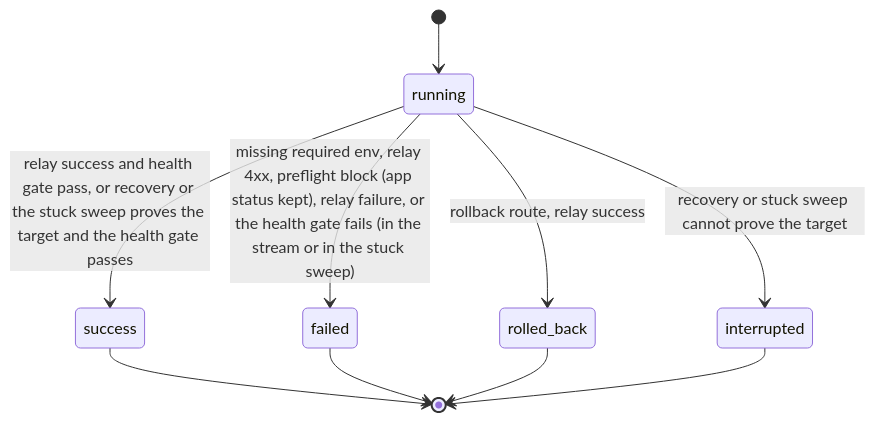
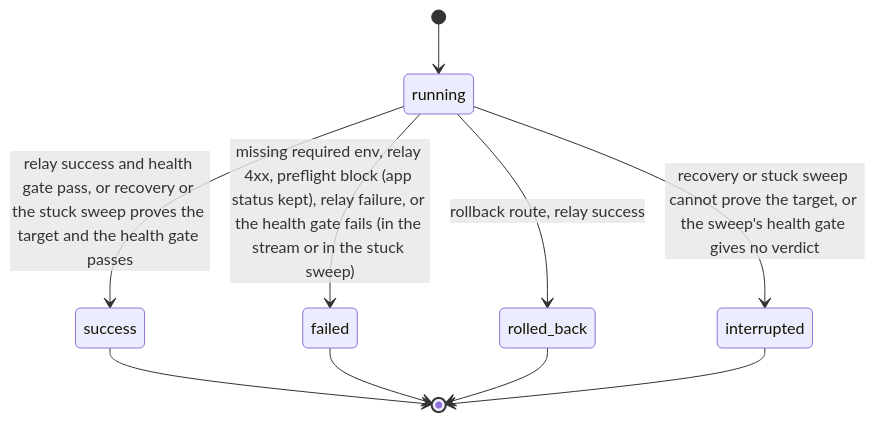
The second of 2 diagrams in docs/architecture.md (LanNguyenSi/deploy-panel), drawn with Mermaid before and after one commit. The commit also changed 2 other files, not shown here.

Commit message:
docs: the sweep's health gate in the interrupted and self-deploy descriptions

````diff
--- a/docs/architecture.md
+++ b/docs/architecture.md
@@ -97,12 +97,12 @@
 ```mermaid
 stateDiagram-v2
   [*] --> running
   running --> failed: missing required env, relay 4xx, preflight block (app status kept), relay failure, or the health gate fails (in the stream or in the stuck sweep)
   running --> success: relay success and health gate pass, or recovery or the stuck sweep proves the target and the health gate passes
   running --> rolled_back: rollback route, relay success
-  running --> interrupted: recovery or stuck sweep cannot prove the target
+  running --> interrupted: recovery or stuck sweep cannot prove the target, or the sweep's health gate gives no verdict
   success --> [*]
   failed --> [*]
   rolled_back --> [*]
   interrupted --> [*]
 ```
````
